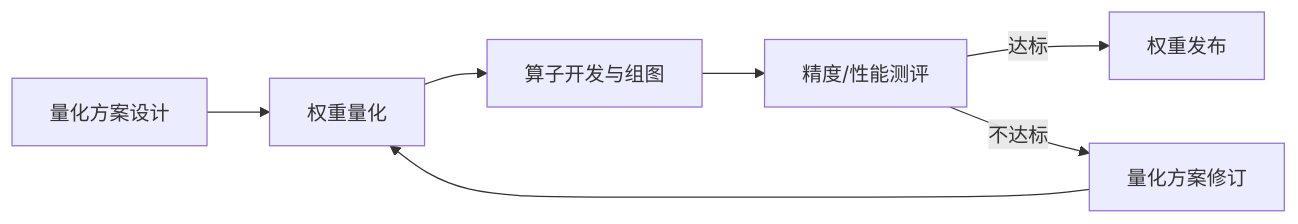
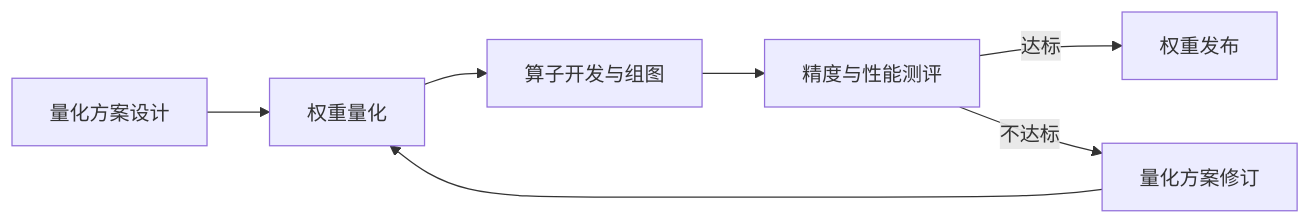
The diagram in msmodelslim/docs/zh/user_guide/process_new_model_quantization_tuning.md (mindstudio-docs/master), drawn with Mermaid before and after one commit. The commit also changed other lines of this file and 35 other files, not shown here.

````diff
--- a/msmodelslim/docs/zh/user_guide/process_new_model_quantization_tuning.md
+++ b/msmodelslim/docs/zh/user_guide/process_new_model_quantization_tuning.md
@@ -47,9 +48,9 @@
 ```mermaid
 flowchart LR
   design[量化方案设计] --> quant[权重量化]
   quant --> ops[算子开发与组图]
-  ops --> eval[精度/性能测评]
+  ops --> eval[精度与性能测评]
   eval -->|达标| publish[权重发布]
   eval -->|不达标| revise[量化方案修订]
   revise --> quant
 ```
````
